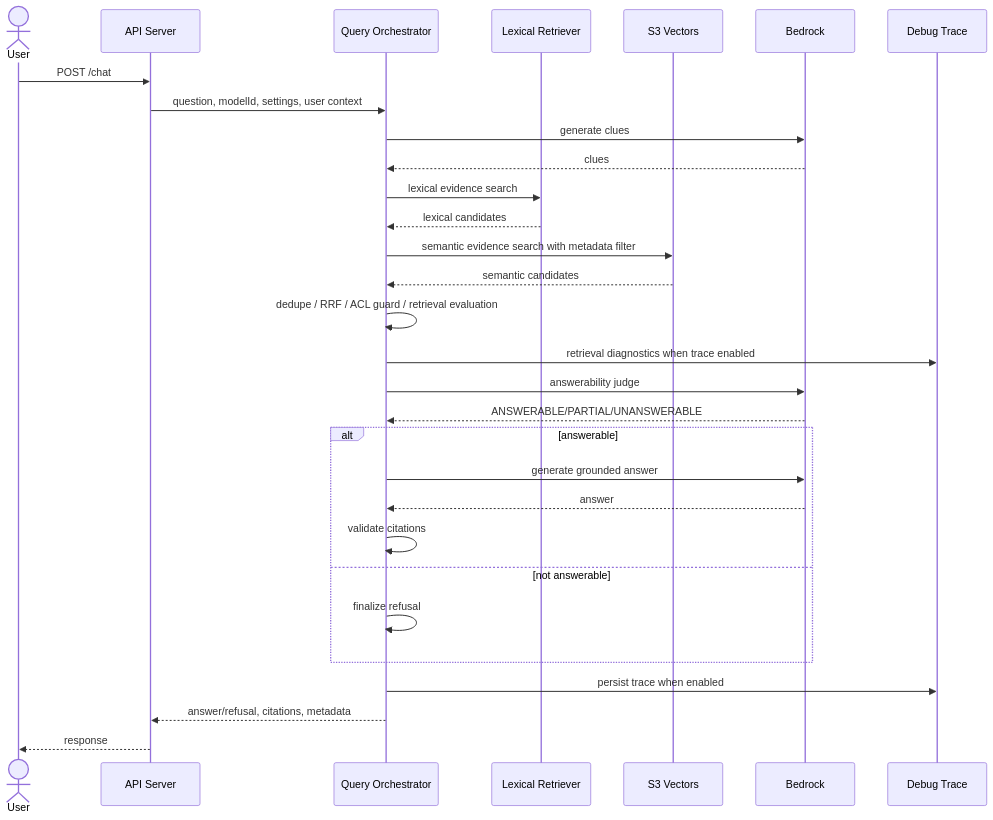
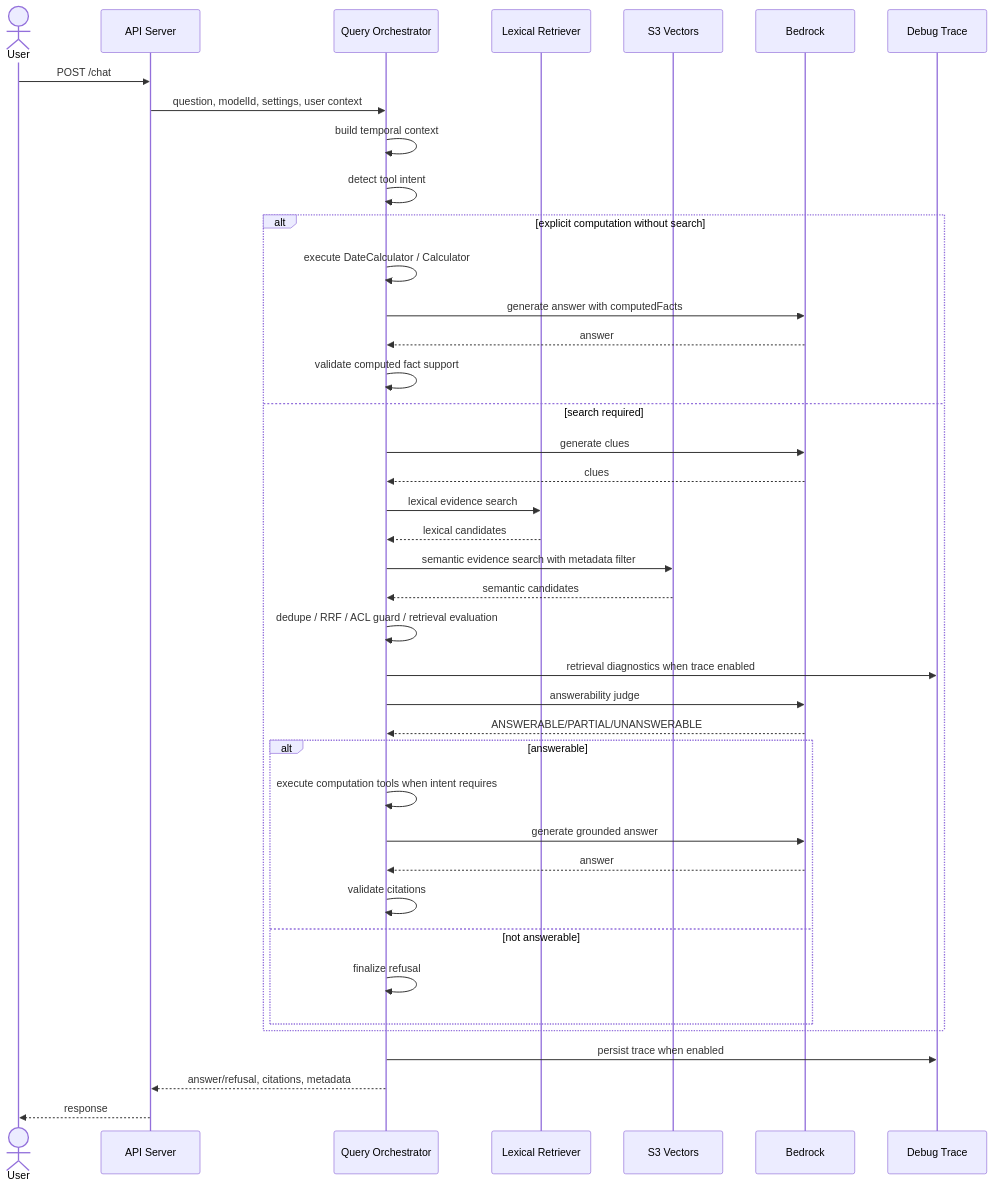
One commit to tsuji-tomonori/rag-assist changed the second of 2 diagrams in memorag-bedrock-mvp/docs/2_アーキテクチャ_ARC/11_ビュー_VIEW/ARC_VIEW_001.md. Above: the diagram before and after it, drawn with Mermaid. The commit also changed other lines of this file and 19 other files, not shown here.

````diff
--- a/memorag-bedrock-mvp/docs/2_アーキテクチャ_ARC/11_ビュー_VIEW/ARC_VIEW_001.md
+++ b/memorag-bedrock-mvp/docs/2_アーキテクチャ_ARC/11_ビュー_VIEW/ARC_VIEW_001.md
@@ -93,33 +111,43 @@
 ```mermaid
 sequenceDiagram
   actor U as User
   participant API as API Server
   participant RAG as Query Orchestrator
   participant LX as Lexical Retriever
   participant VS as S3 Vectors
   participant BR as Bedrock
   participant TR as Debug Trace
 
   U->>API: POST /chat
   API->>RAG: question, modelId, settings, user context
+  RAG->>RAG: build temporal context
+  RAG->>RAG: detect tool intent
+  alt explicit computation without search
+    RAG->>RAG: execute DateCalculator / Calculator
+    RAG->>BR: generate answer with computedFacts
+    BR-->>RAG: answer
+    RAG->>RAG: validate computed fact support
+  else search required
   RAG->>BR: generate clues
   BR-->>RAG: clues
   RAG->>LX: lexical evidence search
   LX-->>RAG: lexical candidates
   RAG->>VS: semantic evidence search with metadata filter
   VS-->>RAG: semantic candidates
   RAG->>RAG: dedupe / RRF / ACL guard / retrieval evaluation
   RAG->>TR: retrieval diagnostics when trace enabled
   RAG->>BR: answerability judge
   BR-->>RAG: ANSWERABLE/PARTIAL/UNANSWERABLE
   alt answerable
+    RAG->>RAG: execute computation tools when intent requires
     RAG->>BR: generate grounded answer
     BR-->>RAG: answer
     RAG->>RAG: validate citations
   else not answerable
     RAG->>RAG: finalize refusal
   end
+  end
   RAG->>TR: persist trace when enabled
   RAG-->>API: answer/refusal, citations, metadata
   API-->>U: response
 ```
````
